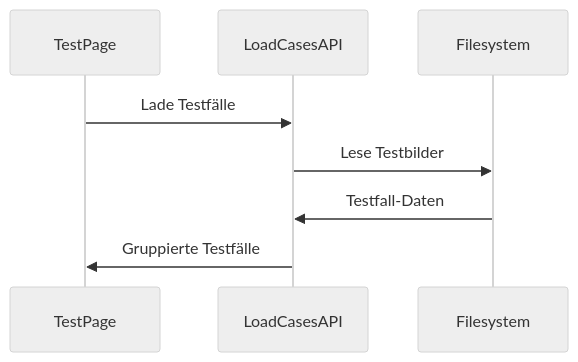
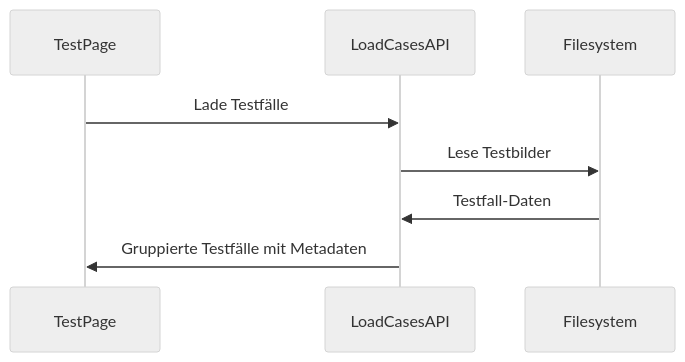
Before and after one commit to bCommonsLAB/nextjs-nature-scout: the first of 2 diagrams in docs/tests-integration.md, drawn with Mermaid (neutral theme). The commit also changed other lines of this file and 103 other files, not shown here.

````diff
--- a/docs/tests-integration.md
+++ b/docs/tests-integration.md
@@ -74,7 +136,7 @@
    ```mermaid
    sequenceDiagram
    TestPage->>LoadCasesAPI: Lade Testfälle
    LoadCasesAPI->>Filesystem: Lese Testbilder
    Filesystem->>LoadCasesAPI: Testfall-Daten
-   LoadCasesAPI->>TestPage: Gruppierte Testfälle
+   LoadCasesAPI->>TestPage: Gruppierte Testfälle mit Metadaten
    ```
````
